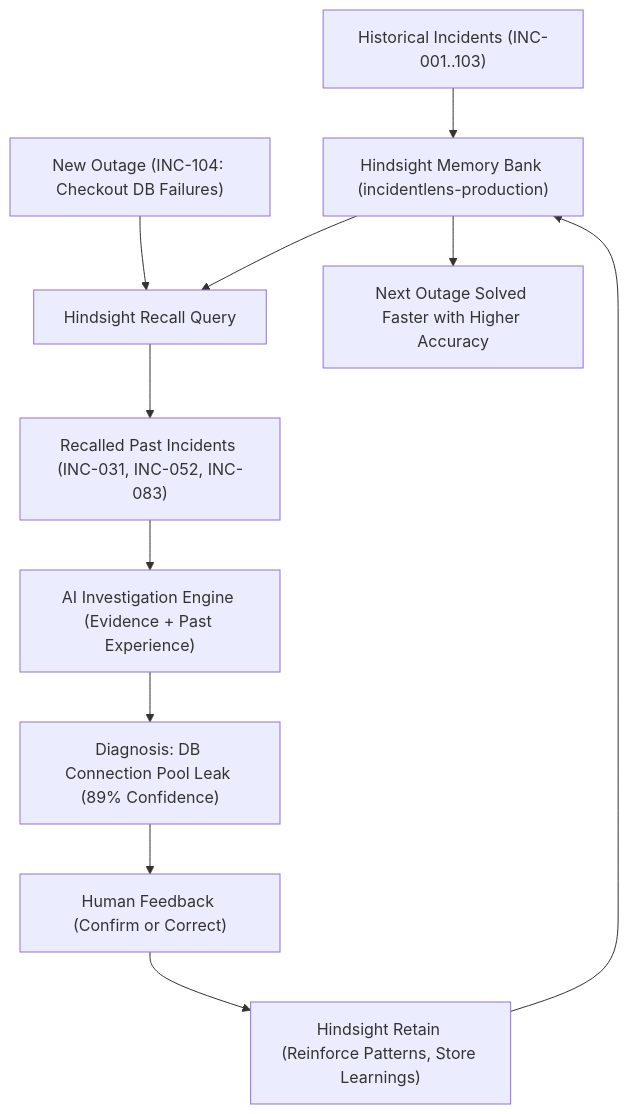
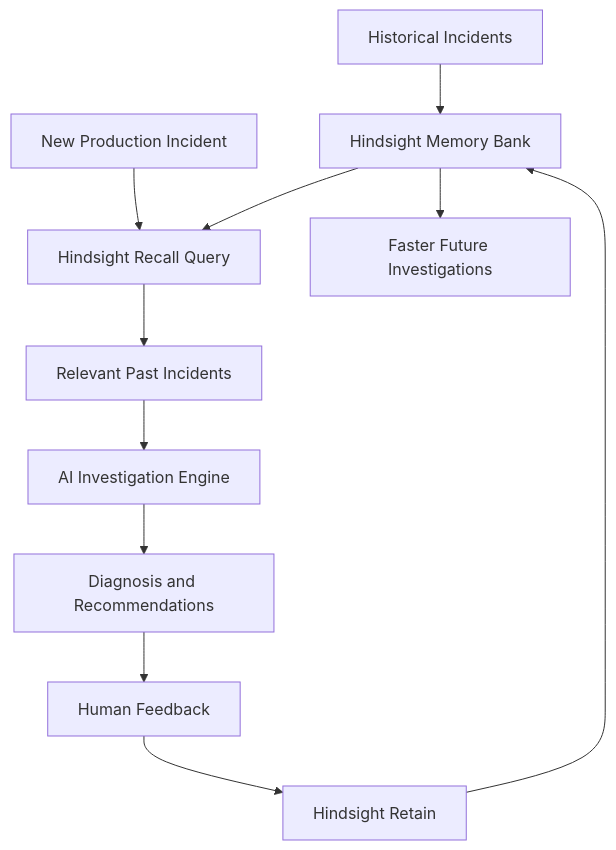
One commit to Tejanyaa59/incident-memory changed the diagram in README.md. Above: the diagram before and after it, drawn with Mermaid. The commit also changed other lines of this file, not shown here.

````diff
--- a/README.md
+++ b/README.md
@@ -13,13 +50,13 @@
 ```mermaid
 flowchart TD
-    A["Historical Incidents (INC-001..103)"] --> B["Hindsight Memory Bank (incidentlens-production)"]
-    C["New Outage (INC-104: Checkout DB Failures)"] --> D["Hindsight Recall Query"]
+    A["Historical Incidents"] --> B["Hindsight Memory Bank"]
+    C["New Production Incident"] --> D["Hindsight Recall Query"]
     B --> D
-    D --> E["Recalled Past Incidents (INC-031, INC-052, INC-083)"]
-    E --> F["AI Investigation Engine (Evidence + Past Experience)"]
-    F --> G["Diagnosis: DB Connection Pool Leak (89% Confidence)"]
-    G --> H["Human Feedback (Confirm or Correct)"]
-    H --> I["Hindsight Retain (Reinforce Patterns, Store Learnings)"]
+    D --> E["Relevant Past Incidents"]
+    E --> F["AI Investigation Engine"]
+    F --> G["Diagnosis and Recommendations"]
+    G --> H["Human Feedback"]
+    H --> I["Hindsight Retain"]
     I --> B
-    B --> J["Next Outage Solved Faster with Higher Accuracy"]
+    B --> J["Faster Future Investigations"]
 ```
````
